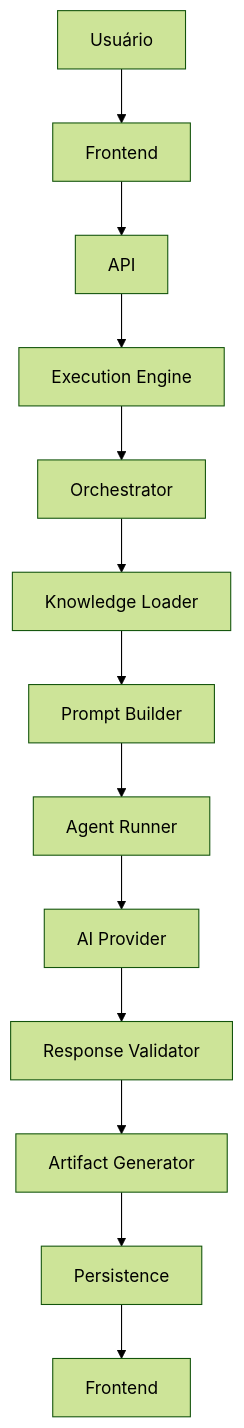
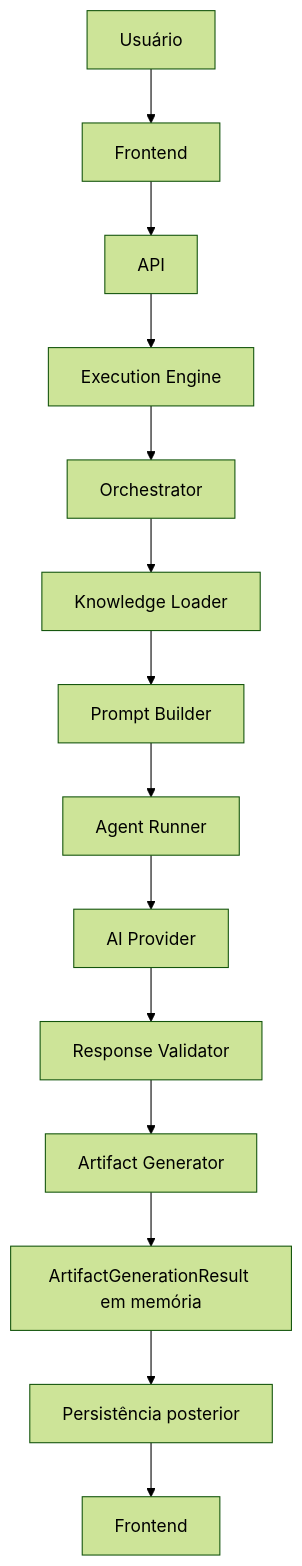
The first of 11 diagrams in knowledge/25-SEQUENCE_DIAGRAMS.md (felipet66/brq-ai-factory), drawn with Mermaid (forest theme) before and after one commit. The commit also changed other lines of this file and 55 other files, not shown here.

````diff
--- a/knowledge/25-SEQUENCE_DIAGRAMS.md
+++ b/knowledge/25-SEQUENCE_DIAGRAMS.md
@@ -15,27 +15,29 @@
 ```mermaid
 flowchart TD
 
 A[Usuário] --> B[Frontend]
 
 B --> C[API]
 
 C --> D[Execution Engine]
 
 D --> E[Orchestrator]
 
 E --> F[Knowledge Loader]
 
 F --> G[Prompt Builder]
 
 G --> H[Agent Runner]
 
 H --> I[AI Provider]
 
 I --> J[Response Validator]
 
 J --> K[Artifact Generator]
 
-K --> L[Persistence]
+K --> KD[ArtifactGenerationResult em memória]
+
+KD --> L[Persistência posterior]
 
 L --> M[Frontend]
 ```
````
